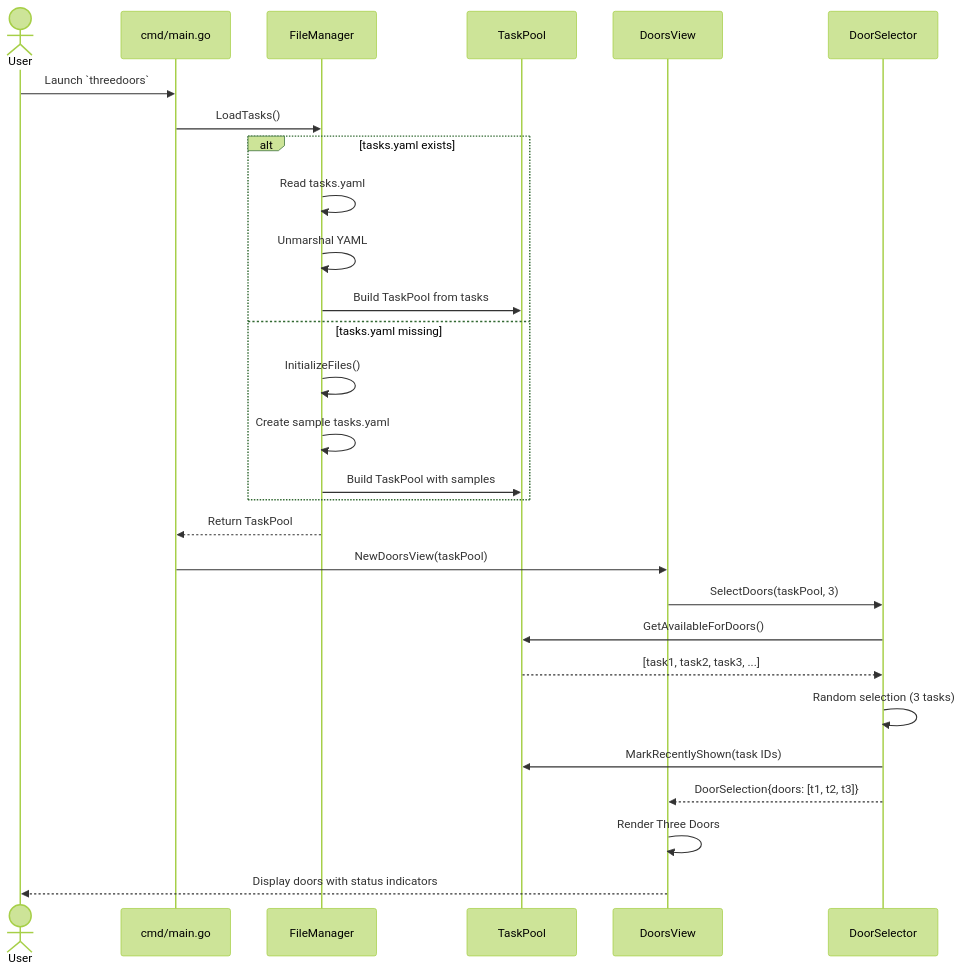
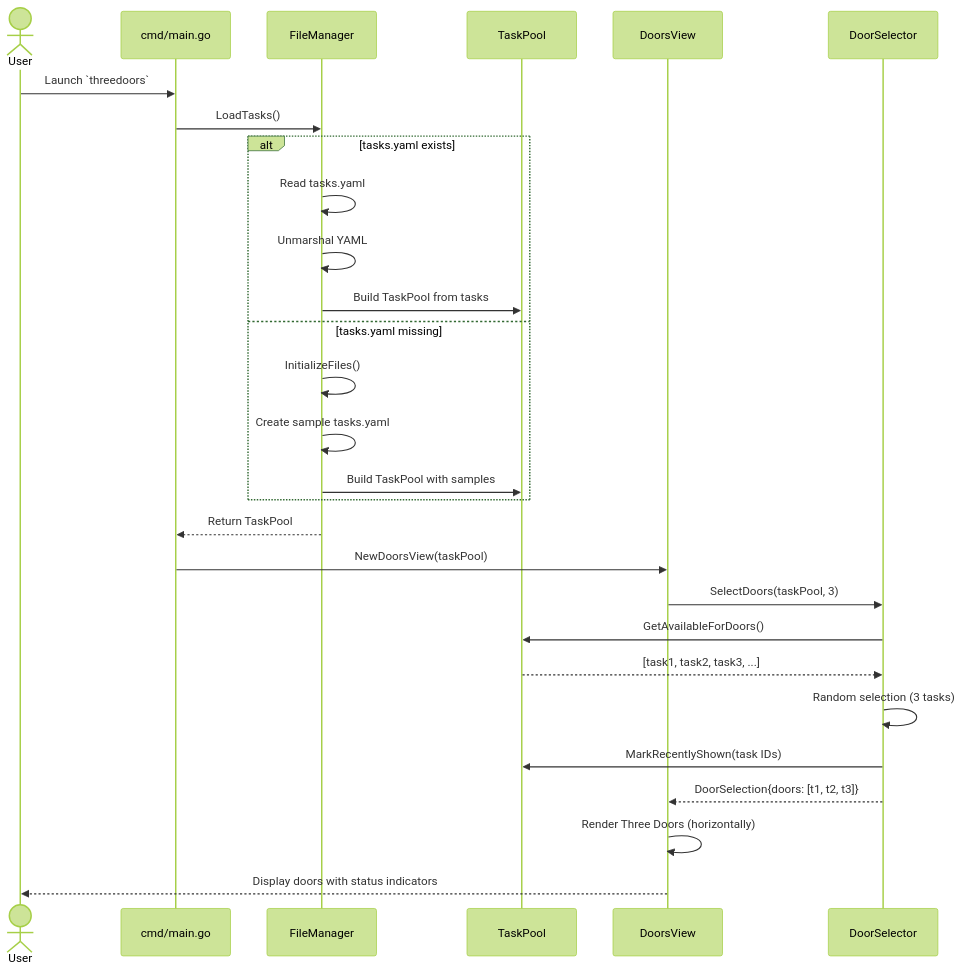
Before and after one commit to arcaven/ThreeDoors: the first of 6 diagrams in docs/architecture/core-workflows.md, drawn with Mermaid (forest theme). The commit also changed other lines of this file and 4 other files, not shown here.

First line of the commit message:
docs: Update architecture, PRD, and story documentation

````diff
--- a/docs/architecture/core-workflows.md
+++ b/docs/architecture/core-workflows.md
@@ -5,33 +5,33 @@
 ```mermaid
 sequenceDiagram
     actor User
     participant Main as cmd/main.go
     participant FM as FileManager
     participant TP as TaskPool
     participant DV as DoorsView
     participant DS as DoorSelector
 
     User->>Main: Launch `threedoors`
     Main->>FM: LoadTasks()
 
     alt tasks.yaml exists
         FM->>FM: Read tasks.yaml
         FM->>FM: Unmarshal YAML
         FM->>TP: Build TaskPool from tasks
     else tasks.yaml missing
         FM->>FM: InitializeFiles()
         FM->>FM: Create sample tasks.yaml
         FM->>TP: Build TaskPool with samples
     end
 
     FM-->>Main: Return TaskPool
     Main->>DV: NewDoorsView(taskPool)
     DV->>DS: SelectDoors(taskPool, 3)
     DS->>TP: GetAvailableForDoors()
     TP-->>DS: [task1, task2, task3, ...]
     DS->>DS: Random selection (3 tasks)
     DS->>TP: MarkRecentlyShown(task IDs)
     DS-->>DV: DoorSelection{doors: [t1, t2, t3]}
-    DV->>DV: Render Three Doors
+    DV->>DV: Render Three Doors (horizontally)
     DV-->>User: Display doors with status indicators
 ```
````
